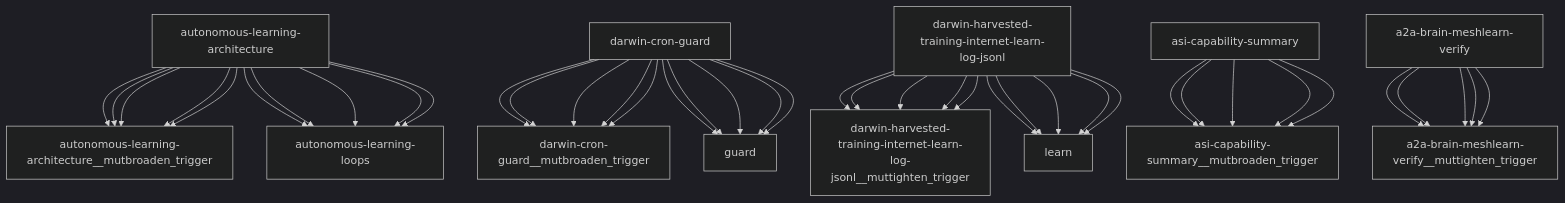
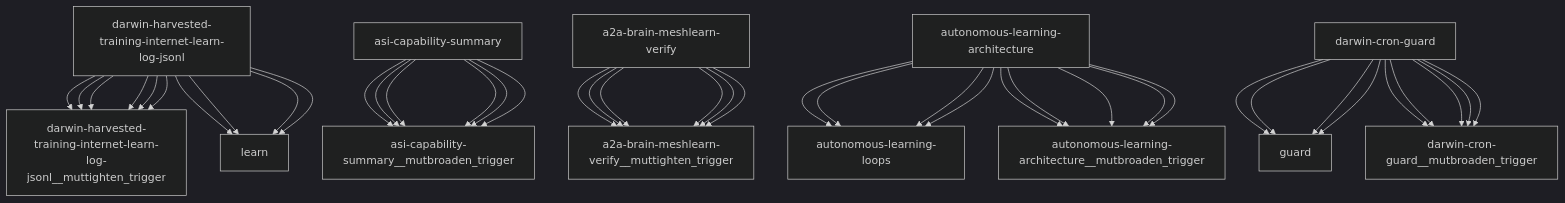
One commit to openamer-max/max-scripts changed the diagram in reports/darwin-report.md. Above: the diagram before and after it, drawn with Mermaid (dark theme). The commit also changed other lines of this file and 7 other files, not shown here.

````diff
--- a/reports/darwin-report.md
+++ b/reports/darwin-report.md
@@ -75,43 +75,43 @@
 ```mermaid
 graph TD
-    autonomous-learning-architecture["autonomous-learning-architecture"] --> autonomous-learning-architecture__mutbroaden_trigger["autonomous-learning-architecture__mutbroaden_trigger"]
-    darwin-cron-guard["darwin-cron-guard"] --> darwin-cron-guard__mutbroaden_trigger["darwin-cron-guard__mutbroaden_trigger"]
     darwin-harvested-training-internet-learn-log-jsonl["darwin-harvested-training-internet-learn-log-jsonl"] --> darwin-harvested-training-internet-learn-log-jsonl__muttighten_trigger["darwin-harvested-training-internet-learn-log-jsonl__muttighten_trigger"]
     asi-capability-summary["asi-capability-summary"] --> asi-capability-summary__mutbroaden_trigger["asi-capability-summary__mutbroaden_trigger"]
     a2a-brain-meshlearn-verify["a2a-brain-meshlearn-verify"] --> a2a-brain-meshlearn-verify__muttighten_trigger["a2a-brain-meshlearn-verify__muttighten_trigger"]
     autonomous-learning-architecture["autonomous-learning-architecture"] --> autonomous-learning-loops["autonomous-learning-loops"]
     darwin-cron-guard["darwin-cron-guard"] --> guard["guard"]
     darwin-harvested-training-internet-learn-log-jsonl["darwin-harvested-training-internet-learn-log-jsonl"] --> learn["learn"]
     autonomous-learning-architecture["autonomous-learning-architecture"] --> autonomous-learning-architecture__mutbroaden_trigger["autonomous-learning-architecture__mutbroaden_trigger"]
     darwin-cron-guard["darwin-cron-guard"] --> darwin-cron-guard__mutbroaden_trigger["darwin-cron-guard__mutbroaden_trigger"]
     darwin-harvested-training-internet-learn-log-jsonl["darwin-harvested-training-internet-learn-log-jsonl"] --> darwin-harvested-training-internet-learn-log-jsonl__muttighten_trigger["darwin-harvested-training-internet-learn-log-jsonl__muttighten_trigger"]
     asi-capability-summary["asi-capability-summary"] --> asi-capability-summary__mutbroaden_trigger["asi-capability-summary__mutbroaden_trigger"]
     a2a-brain-meshlearn-verify["a2a-brain-meshlearn-verify"] --> a2a-brain-meshlearn-verify__muttighten_trigger["a2a-brain-meshlearn-verify__muttighten_trigger"]
     autonomous-learning-architecture["autonomous-learning-architecture"] --> autonomous-learning-loops["autonomous-learning-loops"]
     darwin-cron-guard["darwin-cron-guard"] --> guard["guard"]
     darwin-harvested-training-internet-learn-log-jsonl["darwin-harvested-training-internet-learn-log-jsonl"] --> learn["learn"]
     autonomous-learning-architecture["autonomous-learning-architecture"] --> autonomous-learning-architecture__mutbroaden_trigger["autonomous-learning-architecture__mutbroaden_trigger"]
     darwin-cron-guard["darwin-cron-guard"] --> darwin-cron-guard__mutbroaden_trigger["darwin-cron-guard__mutbroaden_trigger"]
     darwin-harvested-training-internet-learn-log-jsonl["darwin-harvested-training-internet-learn-log-jsonl"] --> darwin-harvested-training-internet-learn-log-jsonl__muttighten_trigger["darwin-harvested-training-internet-learn-log-jsonl__muttighten_trigger"]
     asi-capability-summary["asi-capability-summary"] --> asi-capability-summary__mutbroaden_trigger["asi-capability-summary__mutbroaden_trigger"]
     a2a-brain-meshlearn-verify["a2a-brain-meshlearn-verify"] --> a2a-brain-meshlearn-verify__muttighten_trigger["a2a-brain-meshlearn-verify__muttighten_trigger"]
-    autonomous-learning-architecture["autonomous-learning-architecture"] --> autonomous-learning-loops["autonomous-learning-loops"]
-    darwin-cron-guard["darwin-cron-guard"] --> guard["guard"]
-    darwin-harvested-training-internet-learn-log-jsonl["darwin-harvested-training-internet-learn-log-jsonl"] --> learn["learn"]
+    autonomous-learning-architecture["autonomous-learning-architecture"] --> autonomous-learning-architecture__mutbroaden_trigger["autonomous-learning-architecture__mutbroaden_trigger"]
+    darwin-cron-guard["darwin-cron-guard"] --> darwin-cron-guard__mutbroaden_trigger["darwin-cron-guard__mutbroaden_trigger"]
+    darwin-harvested-training-internet-learn-log-jsonl["darwin-harvested-training-internet-learn-log-jsonl"] --> darwin-harvested-training-internet-learn-log-jsonl__muttighten_trigger["darwin-harvested-training-internet-learn-log-jsonl__muttighten_trigger"]
+    asi-capability-summary["asi-capability-summary"] --> asi-capability-summary__mutbroaden_trigger["asi-capability-summary__mutbroaden_trigger"]
+    a2a-brain-meshlearn-verify["a2a-brain-meshlearn-verify"] --> a2a-brain-meshlearn-verify__muttighten_trigger["a2a-brain-meshlearn-verify__muttighten_trigger"]
     autonomous-learning-architecture["autonomous-learning-architecture"] --> autonomous-learning-architecture__mutbroaden_trigger["autonomous-learning-architecture__mutbroaden_trigger"]
     darwin-cron-guard["darwin-cron-guard"] --> darwin-cron-guard__mutbroaden_trigger["darwin-cron-guard__mutbroaden_trigger"]
     darwin-harvested-training-internet-learn-log-jsonl["darwin-harvested-training-internet-learn-log-jsonl"] --> darwin-harvested-training-internet-learn-log-jsonl__muttighten_trigger["darwin-harvested-training-internet-learn-log-jsonl__muttighten_trigger"]
     asi-capability-summary["asi-capability-summary"] --> asi-capability-summary__mutbroaden_trigger["asi-capability-summary__mutbroaden_trigger"]
     a2a-brain-meshlearn-verify["a2a-brain-meshlearn-verify"] --> a2a-brain-meshlearn-verify__muttighten_trigger["a2a-brain-meshlearn-verify__muttighten_trigger"]
     autonomous-learning-architecture["autonomous-learning-architecture"] --> autonomous-learning-loops["autonomous-learning-loops"]
     darwin-cron-guard["darwin-cron-guard"] --> guard["guard"]
     darwin-harvested-training-internet-learn-log-jsonl["darwin-harvested-training-internet-learn-log-jsonl"] --> learn["learn"]
     autonomous-learning-architecture["autonomous-learning-architecture"] --> autonomous-learning-architecture__mutbroaden_trigger["autonomous-learning-architecture__mutbroaden_trigger"]
     darwin-cron-guard["darwin-cron-guard"] --> darwin-cron-guard__mutbroaden_trigger["darwin-cron-guard__mutbroaden_trigger"]
     darwin-harvested-training-internet-learn-log-jsonl["darwin-harvested-training-internet-learn-log-jsonl"] --> darwin-harvested-training-internet-learn-log-jsonl__muttighten_trigger["darwin-harvested-training-internet-learn-log-jsonl__muttighten_trigger"]
     asi-capability-summary["asi-capability-summary"] --> asi-capability-summary__mutbroaden_trigger["asi-capability-summary__mutbroaden_trigger"]
     a2a-brain-meshlearn-verify["a2a-brain-meshlearn-verify"] --> a2a-brain-meshlearn-verify__muttighten_trigger["a2a-brain-meshlearn-verify__muttighten_trigger"]
     autonomous-learning-architecture["autonomous-learning-architecture"] --> autonomous-learning-loops["autonomous-learning-loops"]
     darwin-cron-guard["darwin-cron-guard"] --> guard["guard"]
     darwin-harvested-training-internet-learn-log-jsonl["darwin-harvested-training-internet-learn-log-jsonl"] --> learn["learn"]
 ```
````
